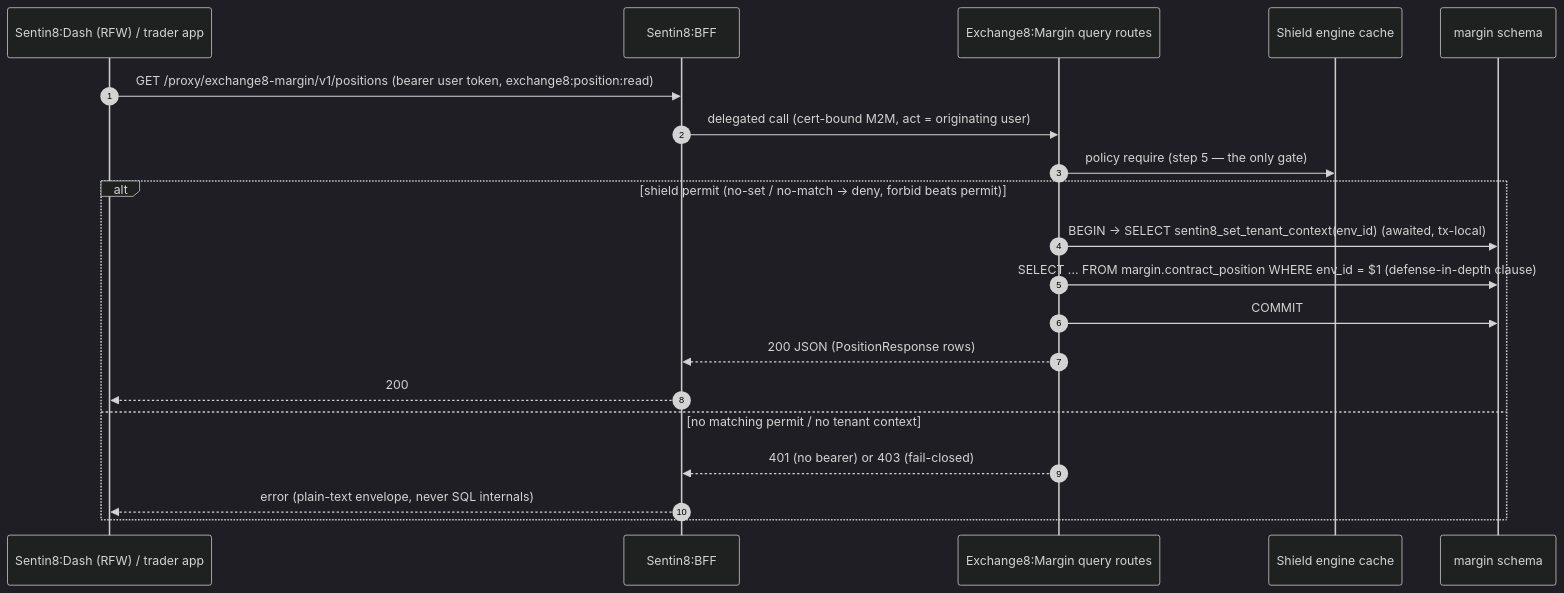
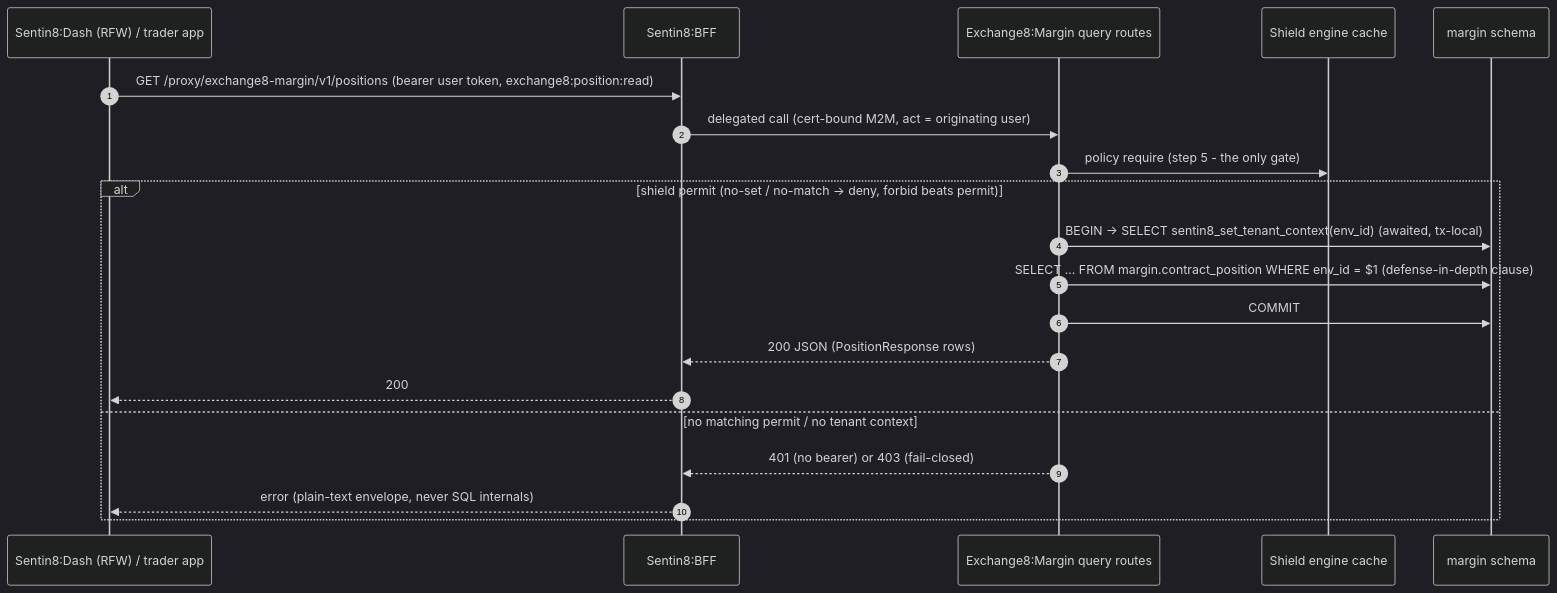
Before and after one commit to Exchange8-dev/exchange8-margin: diagram 12 of 17 in DESIGN.md, drawn with Mermaid (dark theme). The commit also changed other lines of this file and 19 other files, not shown here.

````diff
--- a/DESIGN.md
+++ b/DESIGN.md
@@ -555,22 +555,22 @@
 ```mermaid
 sequenceDiagram
     autonumber
     participant UI as Sentin8:Dash (RFW) / trader app
     participant BFF as Sentin8:BFF
     participant MG as Exchange8:Margin query routes
     participant SHIELD as Shield engine cache
     participant DB as margin schema
     UI->>BFF: GET /proxy/exchange8-margin/v1/positions (bearer user token, exchange8:position:read)
     BFF->>MG: delegated call (cert-bound M2M, act = originating user)
-    MG->>SHIELD: policy require (step 5 — the only gate)
+    MG->>SHIELD: policy require (step 5 - the only gate)
     alt shield permit (no-set / no-match → deny, forbid beats permit)
         MG->>DB: BEGIN → SELECT sentin8_set_tenant_context(env_id) (awaited, tx-local)
         MG->>DB: SELECT ... FROM margin.contract_position WHERE env_id = $1 (defense-in-depth clause)
         MG->>DB: COMMIT
         MG-->>BFF: 200 JSON (PositionResponse rows)
         BFF-->>UI: 200
     else no matching permit / no tenant context
         MG-->>BFF: 401 (no bearer) or 403 (fail-closed)
         BFF-->>UI: error (plain-text envelope, never SQL internals)
     end
 ```
````
